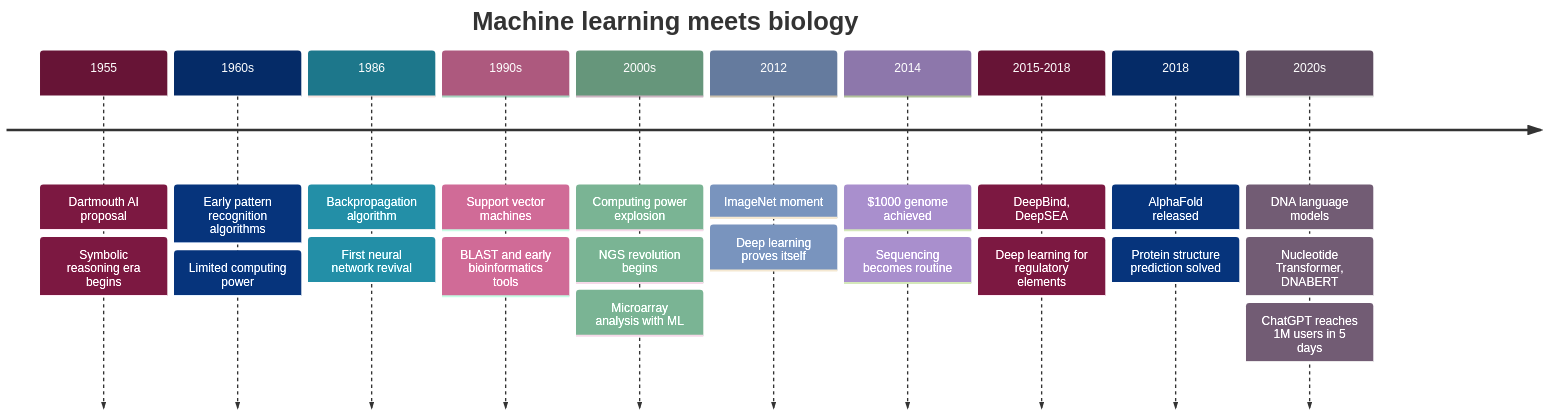
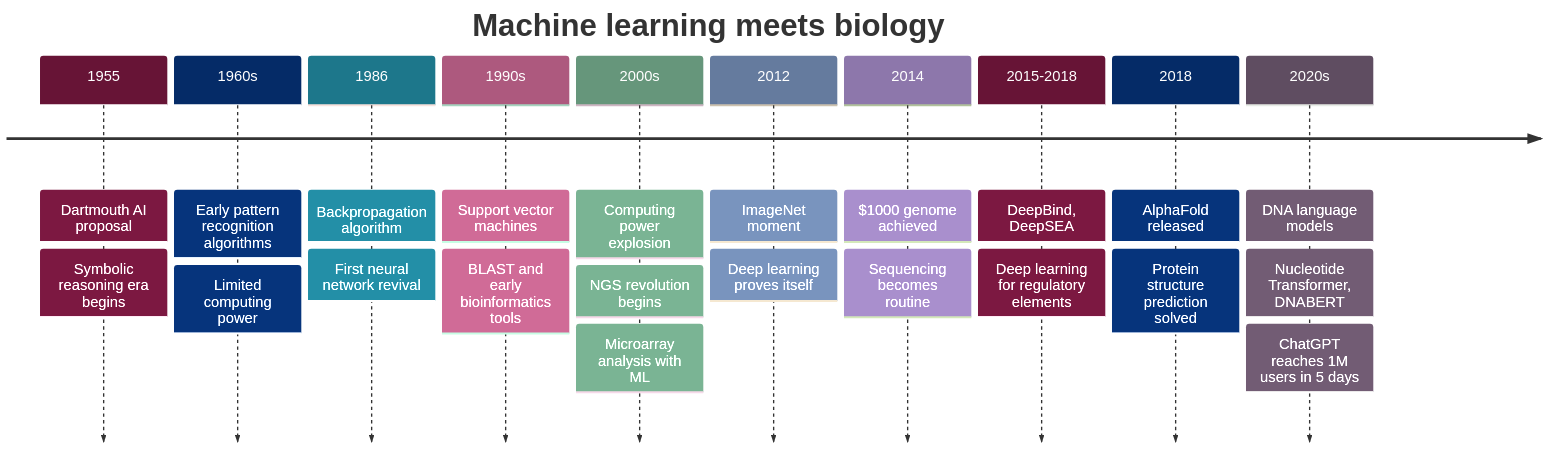
Before and after one commit to Larysha/biopod-blog: the diagram in posts/history_of_ml/index.qmd, drawn with Mermaid.

Commit message:
history of ml and going forward - make mermaid bigger

````diff
--- a/posts/history_of_ml/index.qmd
+++ b/posts/history_of_ml/index.qmd
@@ -27,53 +27,53 @@
 ```{mermaid}
-%%| fig-width: 10
+%%| fig-width: 12
 %%{init: {
   'theme': 'base',
   'themeVariables': {
-    'fontSize': '18px',
+    'fontSize': '22px',
     'cScale0': '#671436',
     'cScale1': '#052b67',
     'cScale2': '#1d778b',
     'cScale3': '#ad597e',
     'cScale4': '#66967b',
     'cScale5': '#657b9e',
     'cScale6': '#8d77ab',
     'cScale7': '#671436',
     'cScale8': '#052b67',
     'cScale9': '#5f4d61',
     'cScaleLabel0': '#ffffff',
     'cScaleLabel1': '#ffffff',
     'cScaleLabel2': '#ffffff',
     'cScaleLabel3': '#ffffff',
     'cScaleLabel4': '#ffffff',
     'cScaleLabel5': '#ffffff',
     'cScaleLabel6': '#ffffff',
     'cScaleLabel7': '#ffffff',
     'cScaleLabel8': '#ffffff',
     'cScaleLabel9': '#ffffff'
   }
 }}%%
 timeline
     title Machine learning meets biology
     1955 : Dartmouth AI proposal
          : Symbolic reasoning era begins
     1960s : Early pattern recognition algorithms
           : Limited computing power
     1986 : Backpropagation algorithm
          : First neural network revival
     1990s : Support vector machines
           : BLAST and early bioinformatics tools
     2000s : Computing power explosion
           : NGS revolution begins
           : Microarray analysis with ML
     2012 : ImageNet moment
          : Deep learning proves itself
     2014 : $1000 genome achieved
          : Sequencing becomes routine
     2015-2018 : DeepBind, DeepSEA
               : Deep learning for regulatory elements
     2018 : AlphaFold released
          : Protein structure prediction solved
     2020s : DNA language models
           : Nucleotide Transformer, DNABERT
           : ChatGPT reaches 1M users in 5 days
 ```
````
